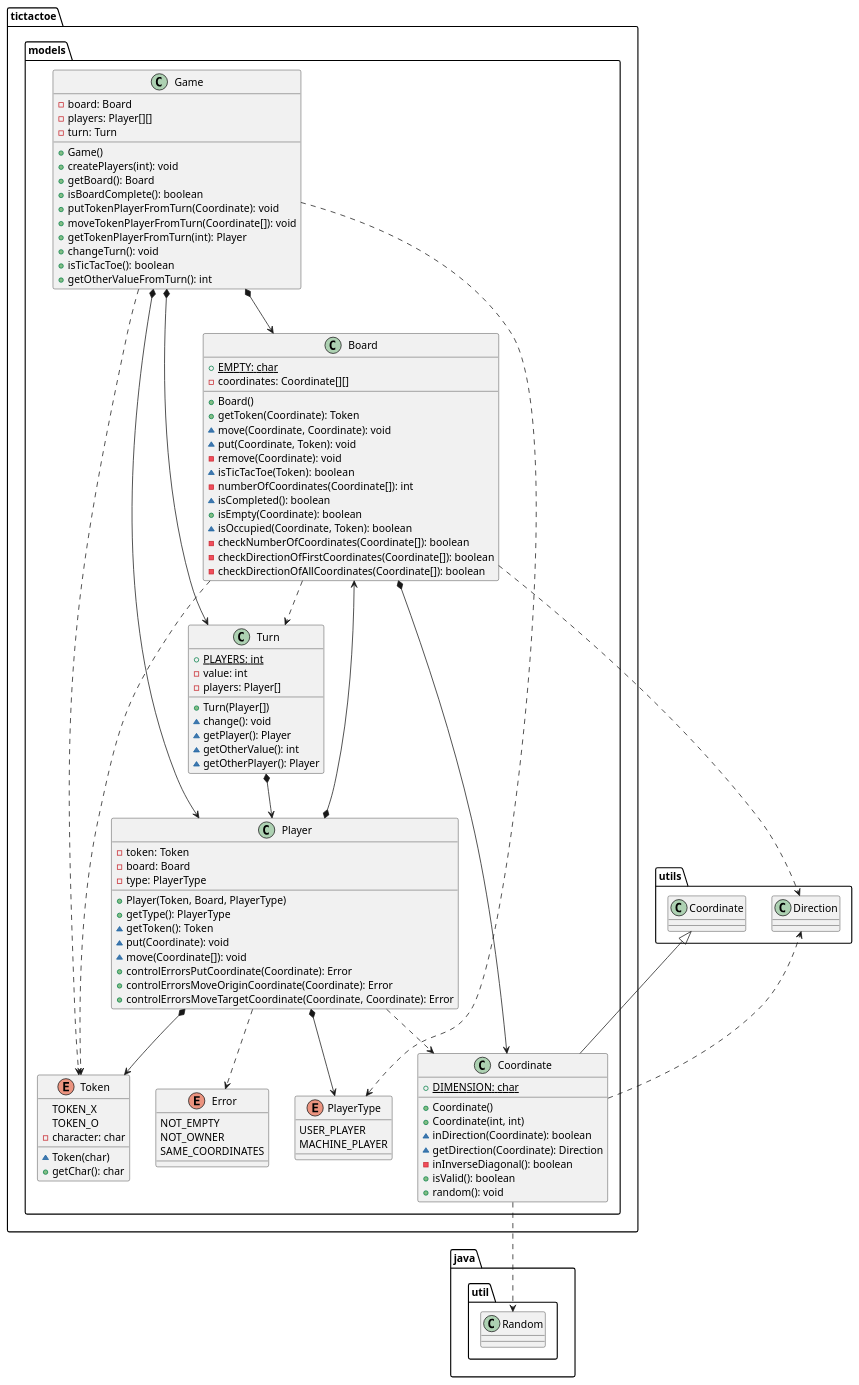
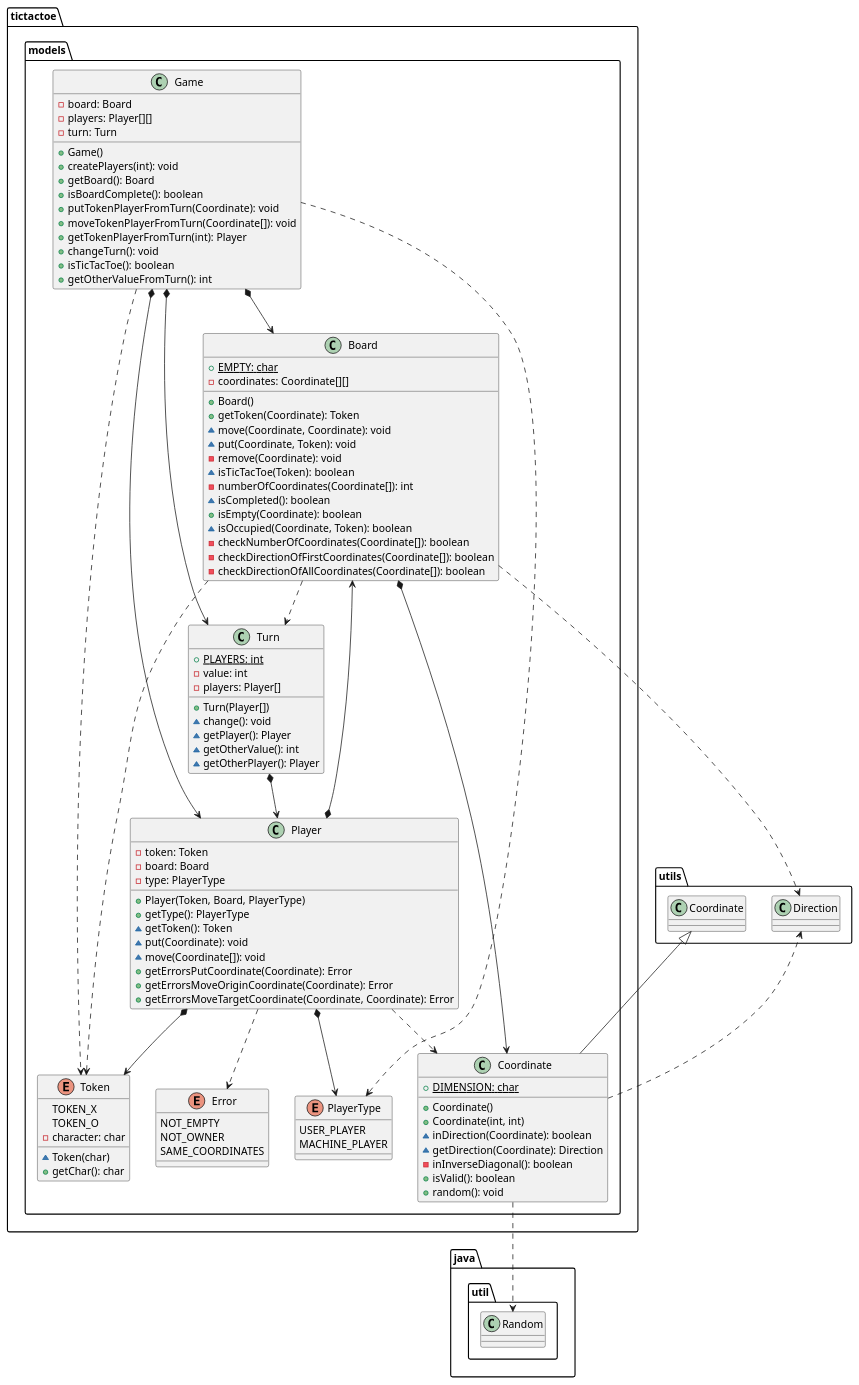
One commit to x-USantaTecla-game-ticTacToe/java changed the third of 5 diagrams in docs/src/docs/asciidoc/index.adoc. Above: the diagram before and after it, drawn with PlantUML. The commit also changed other lines of this file and 16 other files, not shown here.

```diff
--- a/docs/src/docs/asciidoc/index.adoc
+++ b/docs/src/docs/asciidoc/index.adoc
@@ -269,9 +269,9 @@
 ~ getToken(): Token
 ~ put(Coordinate): void
 ~ move(Coordinate[]): void
-+ controlErrorsPutCoordinate(Coordinate): Error
-+ controlErrorsMoveOriginCoordinate(Coordinate): Error
-+ controlErrorsMoveTargetCoordinate(Coordinate, Coordinate): Error
++ getErrorsPutCoordinate(Coordinate): Error
++ getErrorsMoveOriginCoordinate(Coordinate): Error
++ getErrorsMoveTargetCoordinate(Coordinate, Coordinate): Error
 }
 tictactoe.models.Player *-down-> tictactoe.models.Token
 tictactoe.models.Player *-down-> tictactoe.models.Board
```
